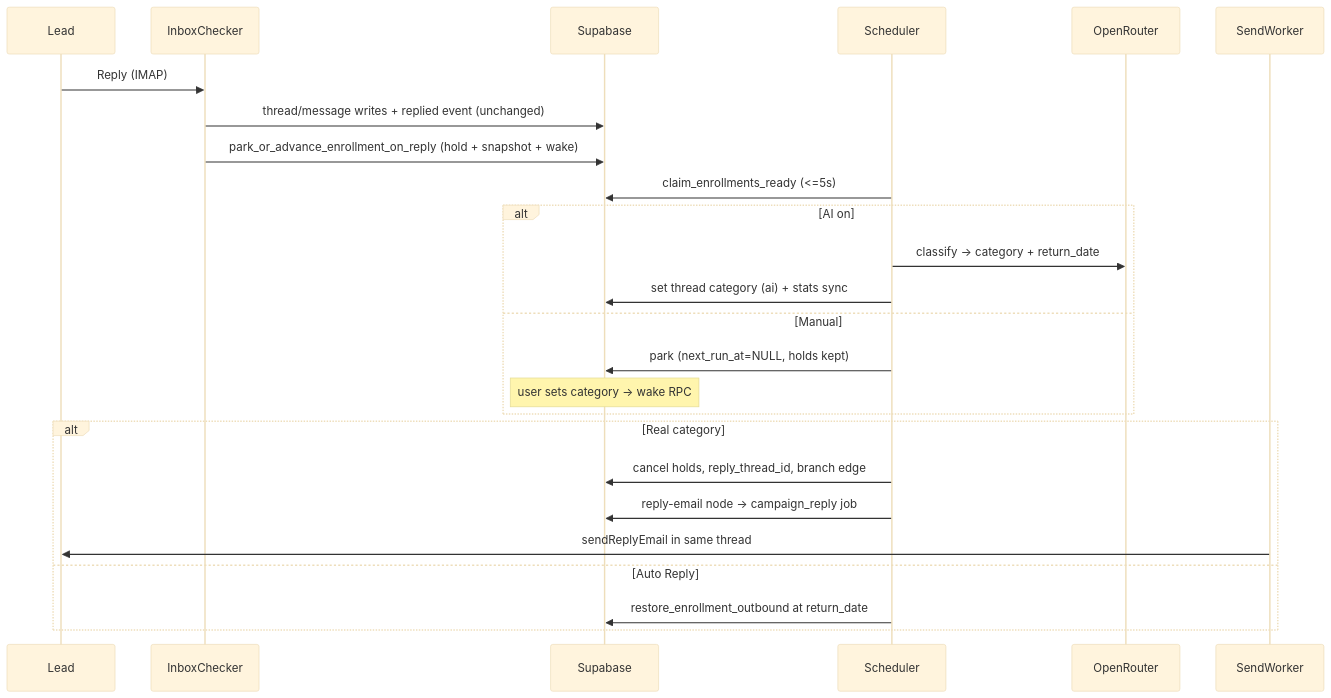
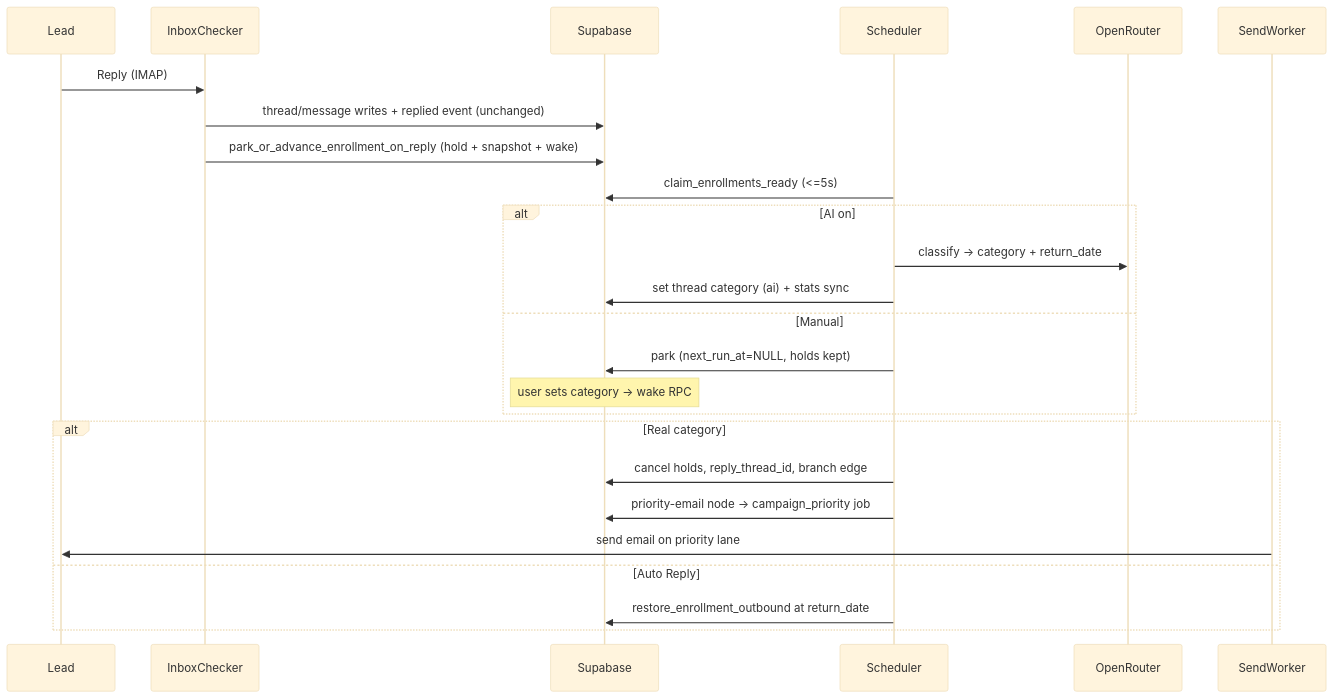
The first of 2 diagrams in docs/implementation/flow/CATEGORIZER_IMPLEMENTATION.md (PorterG2003/FurnaceBuild), drawn with Mermaid (base theme) before and after one commit. The commit also changed other lines of this file and 71 other files, not shown here.

Commit message:
Changed reply state to priority state and cleaned up misc items

````diff
--- a/docs/implementation/flow/CATEGORIZER_IMPLEMENTATION.md
+++ b/docs/implementation/flow/CATEGORIZER_IMPLEMENTATION.md
@@ -46,28 +46,28 @@
 ```mermaid
 sequenceDiagram
     participant Lead
     participant IC as InboxChecker
     participant DB as Supabase
     participant Sched as Scheduler
     participant LLM as OpenRouter
     participant Send as SendWorker
 
     Lead->>IC: Reply (IMAP)
     IC->>DB: thread/message writes + replied event (unchanged)
     IC->>DB: park_or_advance_enrollment_on_reply (hold + snapshot + wake)
     Sched->>DB: claim_enrollments_ready (<=5s)
     alt AI on
         Sched->>LLM: classify -> category + return_date
         Sched->>DB: set thread category (ai) + stats sync
     else Manual
         Sched->>DB: park (next_run_at=NULL, holds kept)
         Note over DB: user sets category -> wake RPC
     end
     alt Real category
         Sched->>DB: cancel holds, reply_thread_id, branch edge
-        Sched->>DB: reply-email node -> campaign_reply job
-        Send->>Lead: sendReplyEmail in same thread
+        Sched->>DB: priority-email node -> campaign_priority job
+        Send->>Lead: send email on priority lane
     else Auto Reply
         Sched->>DB: restore_enrollment_outbound at return_date
     end
 ```
````
